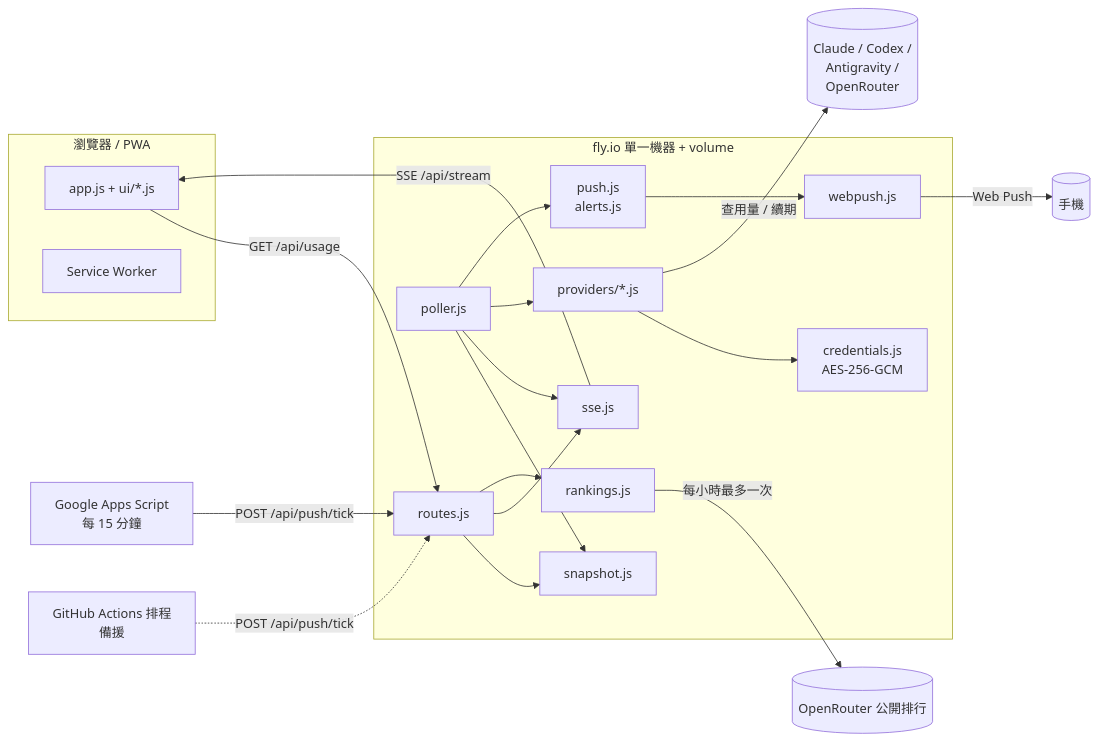
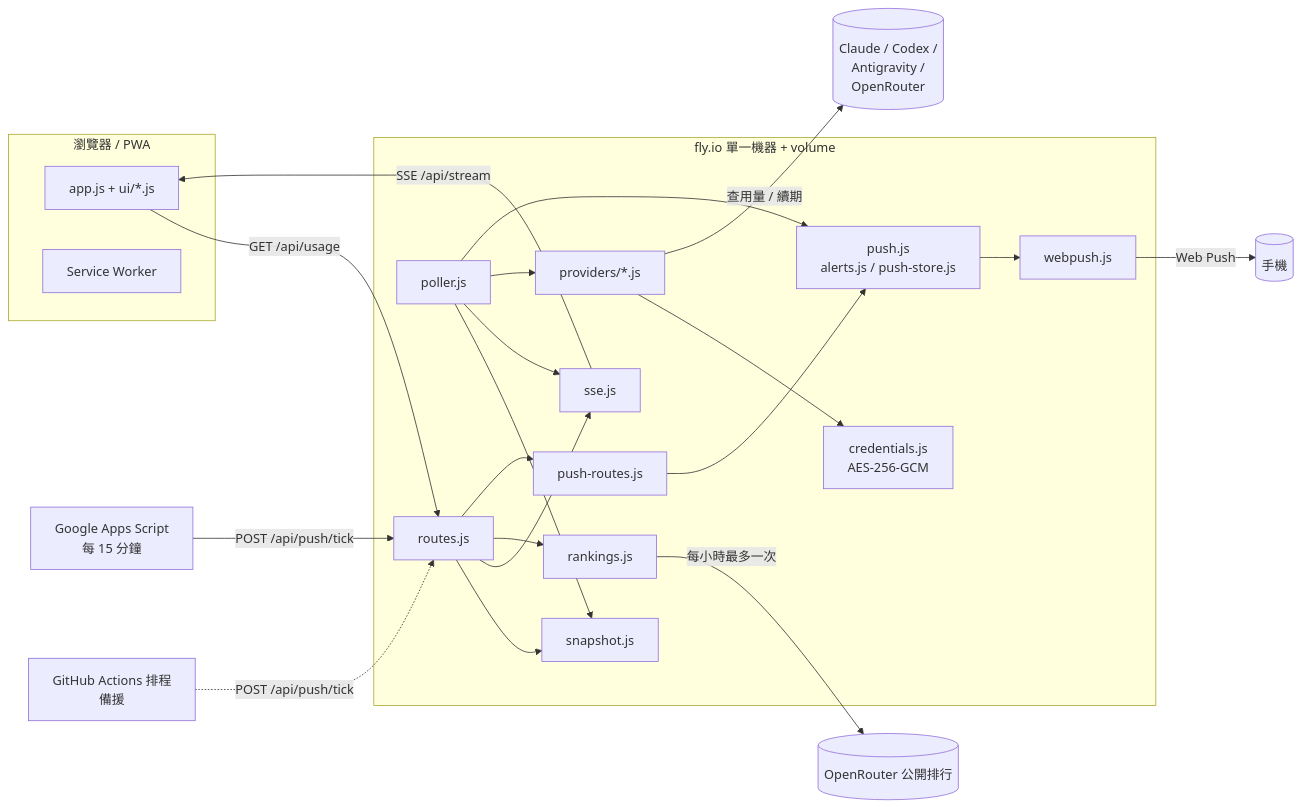
The diagram in docs/TECHNICAL.md (Teng91/ai-usageweb), drawn with Mermaid before and after one commit. The commit also changed other lines of this file and 9 other files, not shown here.

First line of the commit message:
推播拆模組：API 移到 push-routes.js、存檔移到 push-store.js、時間寫法移到 time.js

````diff
--- a/docs/TECHNICAL.md
+++ b/docs/TECHNICAL.md
@@ -51,25 +51,26 @@
 ```mermaid
 flowchart LR
   subgraph Browser[瀏覽器 / PWA]
     UI[app.js + ui/*.js]
     SW[Service Worker]
   end
   subgraph Fly[fly.io 單一機器 + volume]
     R[routes.js] --> S[snapshot.js]
     R --> H[sse.js]
     P[poller.js] --> S
     P --> H
     P --> AD[providers/*.js]
     AD --> C[credentials.js<br/>AES-256-GCM]
     R --> RK[rankings.js]
-    P --> PS[push.js<br/>alerts.js]
+    P --> PS[push.js<br/>alerts.js / push-store.js]
+    R --> PR[push-routes.js] --> PS
     PS --> WP[webpush.js]
   end
   GAS[Google Apps Script<br/>每 15 分鐘] -- POST /api/push/tick --> R
   GH[GitHub Actions 排程<br/>備援] -. POST /api/push/tick .-> R
   WP -- Web Push --> PHONE[(手機)]
   UI -- GET /api/usage --> R
   H -- SSE /api/stream --> UI
   AD -- 查用量 / 續期 --> EXT[(Claude / Codex /<br/>Antigravity /<br/>OpenRouter)]
   RK -- 每小時最多一次 --> OR[(OpenRouter 公開排行)]
 ```
````
